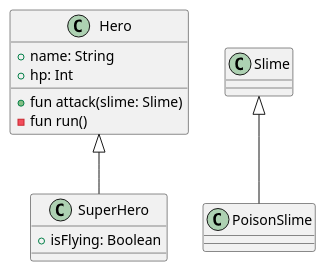
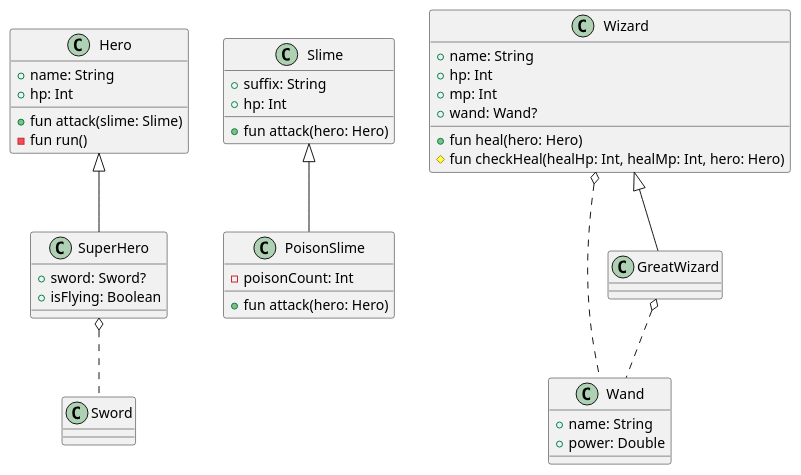
One commit to SurvivalCodingCampus/gangnam2_kotlin_study changed the diagram in docs/game.puml. Above: the diagram before and after it, drawn with PlantUML.

Commit message:
Docs: docs/game.puml 내용 추가

```diff
--- a/docs/game.puml
+++ b/docs/game.puml
@@ -1,22 +1,54 @@
 @startuml
 
 class Hero {
     + name: String
     + hp: Int
 
     + fun attack(slime: Slime)
     - fun run()
 }
 
 class SuperHero extends Hero {
+    + sword: Sword?
     + isFlying: Boolean
 }
 
-class Slime {
+class Sword {
 
 }
 
-class PoisonSlime extends Slime {
+SuperHero o.. Sword
+
+class Slime {
+    + suffix: String
+    + hp: Int
+    + fun attack(hero: Hero)
 }
 
+class PoisonSlime extends Slime {
+    - poisonCount: Int
+    + fun attack(hero: Hero)
+}
+
+class Wand {
+    + name: String
+    + power: Double
+}
+
+class Wizard {
+    + name: String
+    + hp: Int
+    + mp: Int
+    + wand: Wand?
+    + fun heal(hero: Hero)
+    # fun checkHeal(healHp: Int, healMp: Int, hero: Hero)
+}
+
+class GreatWizard extends Wizard {
+
+}
+
+Wizard o.. Wand
+GreatWizard o.. Wand
+
 @enduml
```
